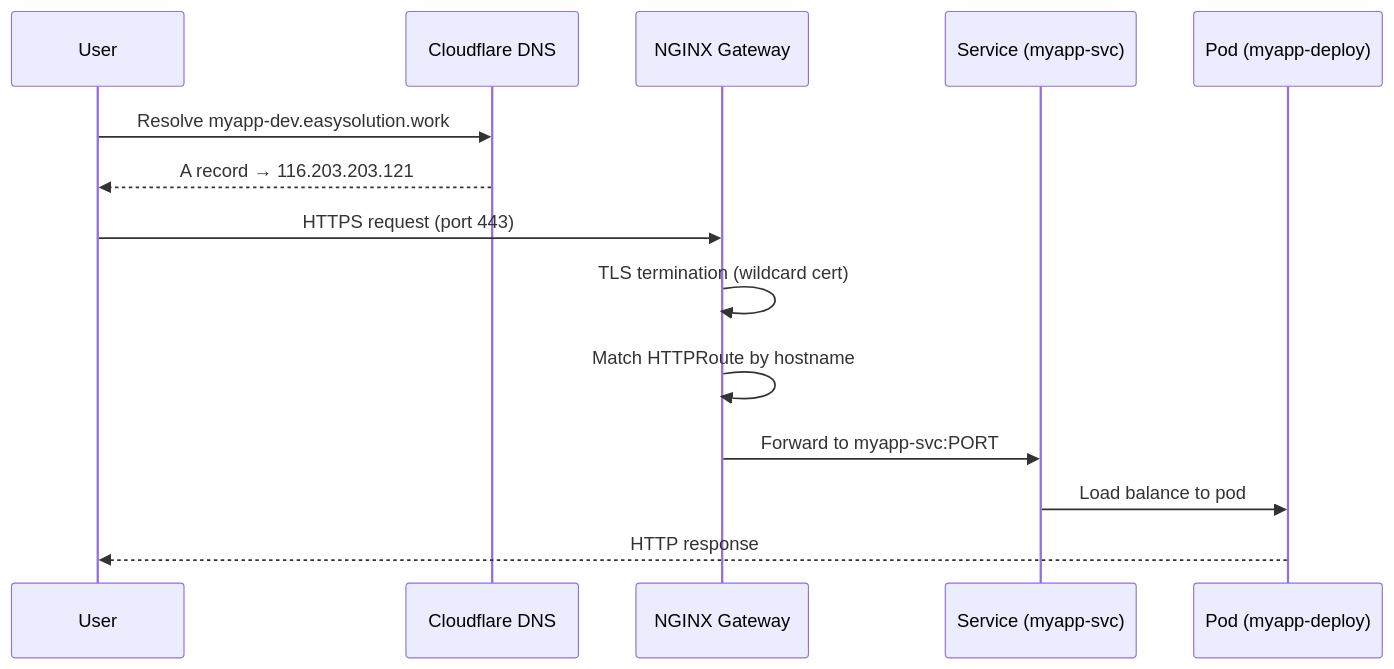
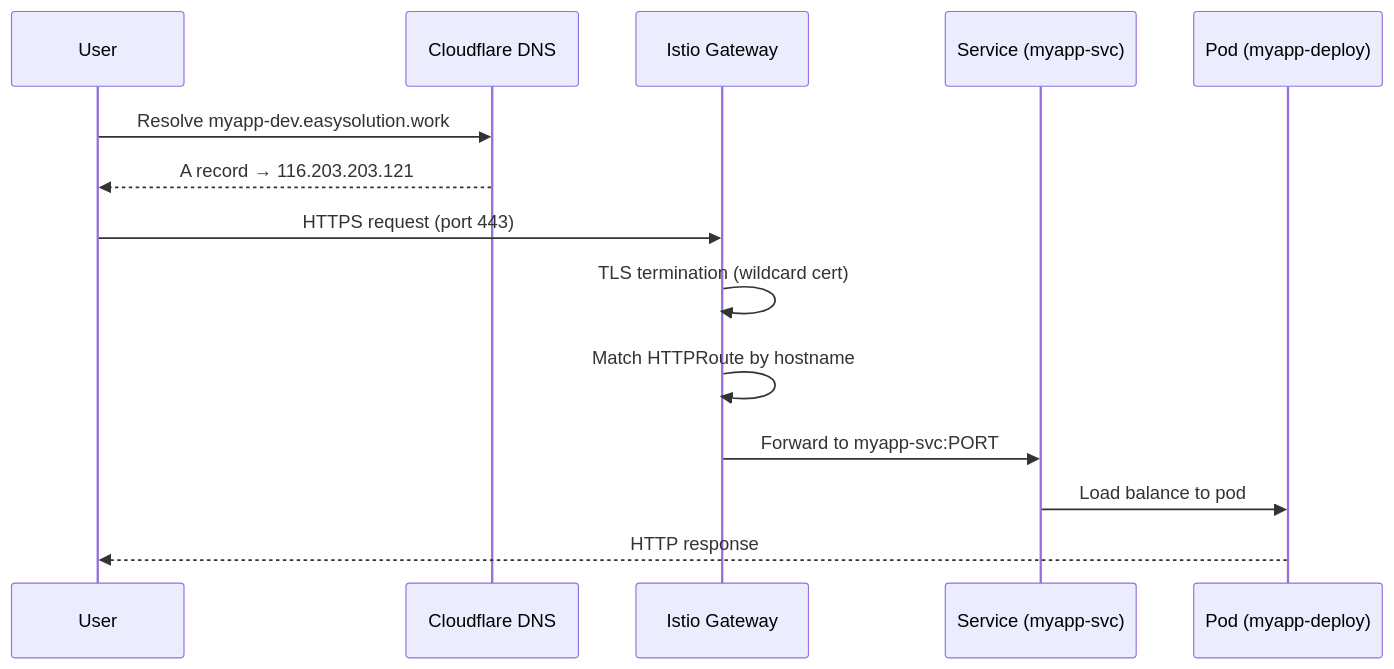
The second of 2 diagrams in docs/architecture/index.md (Murad-Suleymanov/BasePlate), drawn with Mermaid before and after one commit. The commit also changed other lines of this file and 17 other files, not shown here.

Commit message:
change ngf to istio gateway

````diff
--- a/docs/architecture/index.md
+++ b/docs/architecture/index.md
@@ -117,17 +117,17 @@
 ```mermaid
 sequenceDiagram
     participant User
     participant DNS as Cloudflare DNS
-    participant GW as NGINX Gateway
+    participant GW as Istio Gateway
     participant Svc as Service (myapp-svc)
     participant Pod as Pod (myapp-deploy)
 
     User->>DNS: Resolve myapp-dev.easysolution.work
     DNS-->>User: A record → 116.203.203.121
     User->>GW: HTTPS request (port 443)
     GW->>GW: TLS termination (wildcard cert)
     GW->>GW: Match HTTPRoute by hostname
     GW->>Svc: Forward to myapp-svc:PORT
     Svc->>Pod: Load balance to pod
     Pod-->>User: HTTP response
 ```
````
